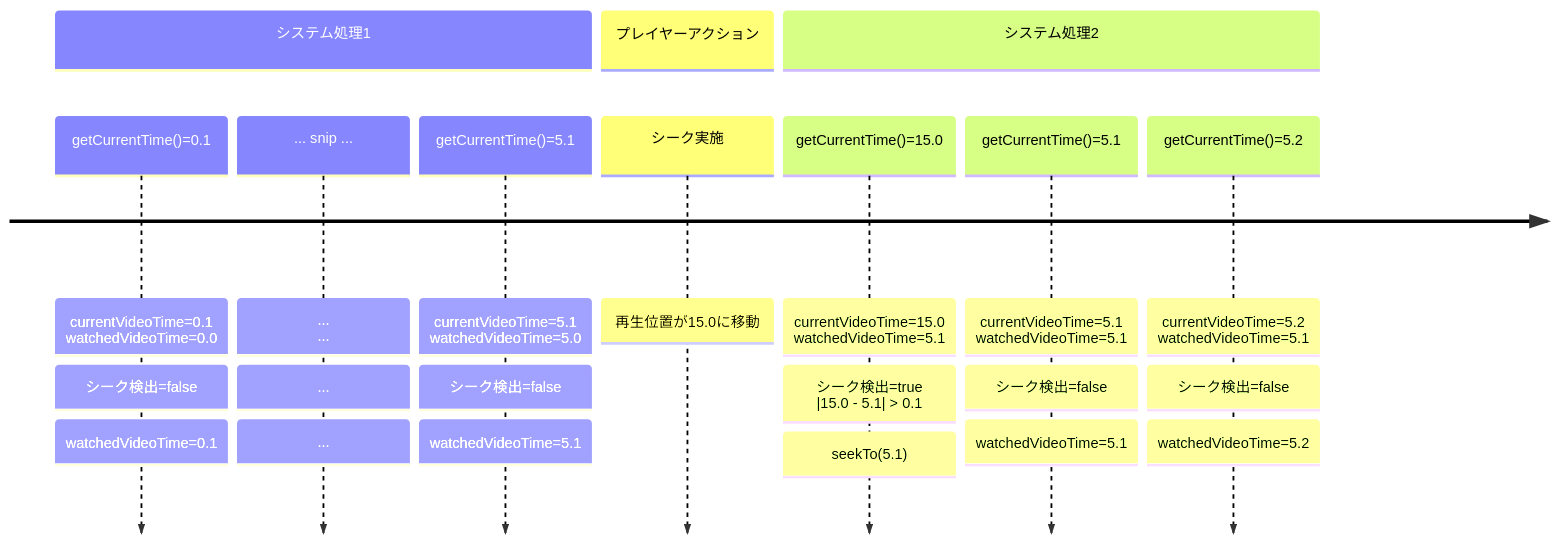
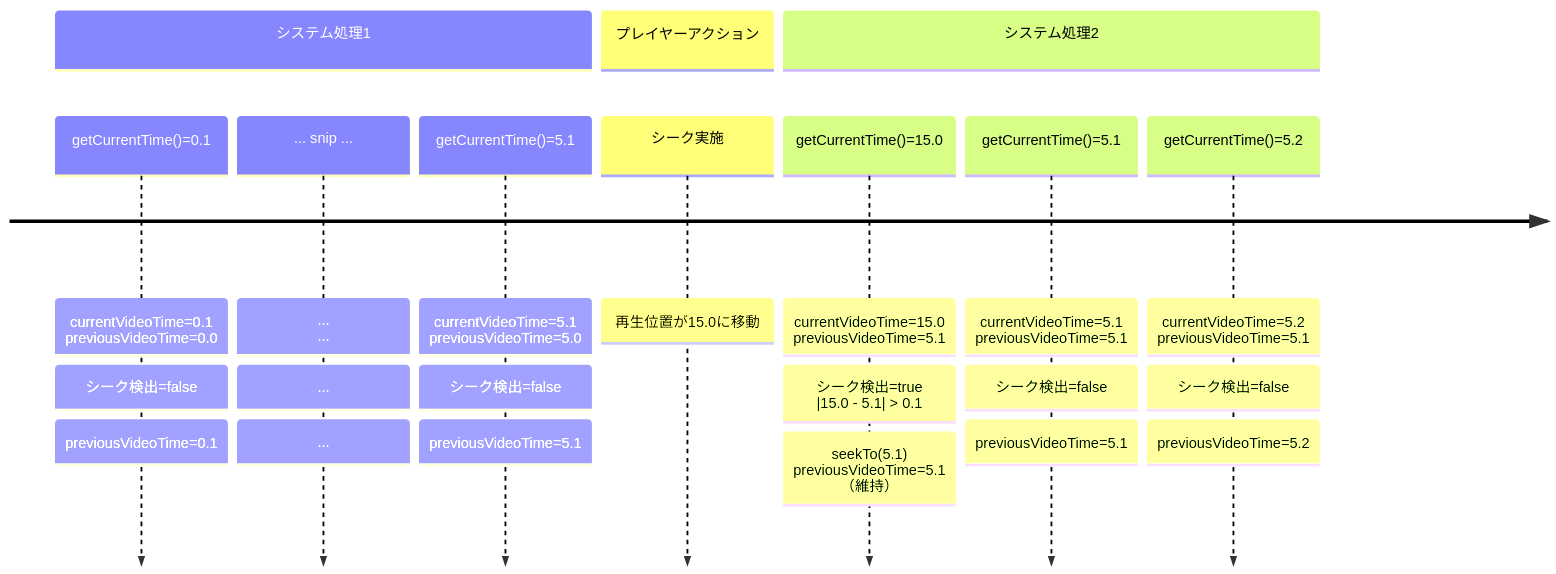
Before and after one commit to t-yokota/youtube-quiz-battle: the sixth of 7 diagrams in .kiro/specs/youtube-quiz-battle/design.md, drawn with Mermaid. The commit also changed other lines of this file, not shown here.

First line of the commit message:
design変更: 時間管理システムの仕様をpreviousVideoTimeベースに変更

````diff
--- a/.kiro/specs/youtube-quiz-battle/design.md
+++ b/.kiro/specs/youtube-quiz-battle/design.md
@@ -636,13 +720,13 @@
 ```mermaid
 timeline
   section システム処理1
-    getCurrentTime()=0.1 : currentVideoTime=0.1<br>watchedVideoTime=0.0: シーク検出=false: watchedVideoTime=0.1
+    getCurrentTime()=0.1 : currentVideoTime=0.1<br>previousVideoTime=0.0: シーク検出=false: previousVideoTime=0.1
     ... snip ...  : ...<br>... : ... : ...
-    getCurrentTime()=5.1 : currentVideoTime=5.1<br>watchedVideoTime=5.0: シーク検出=false: watchedVideoTime=5.1
+    getCurrentTime()=5.1 : currentVideoTime=5.1<br>previousVideoTime=5.0: シーク検出=false: previousVideoTime=5.1
   section プレイヤーアクション
     シーク実施 : 再生位置が15.0に移動
   section システム処理2
-    getCurrentTime()=15.0 : currentVideoTime=15.0<br>watchedVideoTime=5.1: シーク検出=true<br>|15.0 - 5.1| > 0.1: seekTo(5.1)
-    getCurrentTime()=5.1: currentVideoTime=5.1<br>watchedVideoTime=5.1: シーク検出=false: watchedVideoTime=5.1
-    getCurrentTime()=5.2: currentVideoTime=5.2<br>watchedVideoTime=5.1: シーク検出=false: watchedVideoTime=5.2
+    getCurrentTime()=15.0 : currentVideoTime=15.0<br>previousVideoTime=5.1: シーク検出=true<br>|15.0 - 5.1| > 0.1: seekTo(5.1)<br>previousVideoTime=5.1<br>（維持）
+    getCurrentTime()=5.1: currentVideoTime=5.1<br>previousVideoTime=5.1: シーク検出=false: previousVideoTime=5.1
+    getCurrentTime()=5.2: currentVideoTime=5.2<br>previousVideoTime=5.1: シーク検出=false: previousVideoTime=5.2
 ```
````
